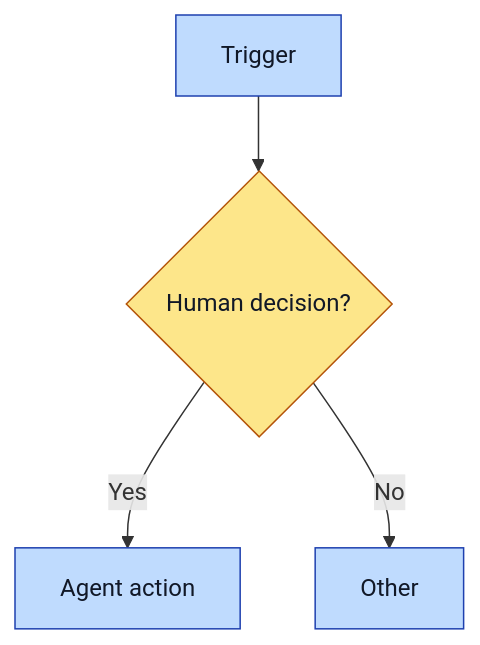
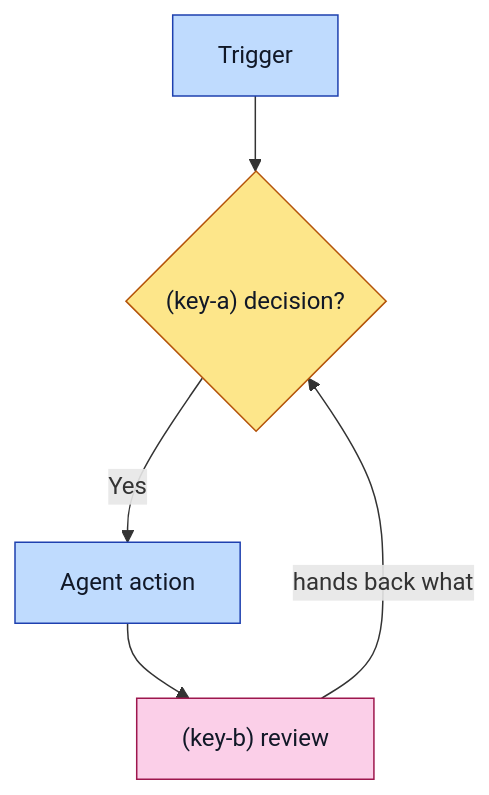
The diagram in _TEMPLATE.md (SupersuitUp/hyperdocumentation-protocol-template), drawn with Mermaid before and after one commit. The commit also changed other lines of this file and 2 other files, not shown here.

First line of the commit message:
HDSOP: name WHICH human is in the loop, not just that one is

````diff
--- a/_TEMPLATE.md
+++ b/_TEMPLATE.md
@@ -37,10 +56,13 @@
 ```mermaid
 flowchart TD
-    A[Trigger] --> B{Human decision?}
+    A[Trigger] --> B{"(key-a) decision?"}
     B -->|Yes| C[Agent action]
-    B -->|No| D[Other]
-    classDef human fill:#fde68a,stroke:#b45309,color:#111827;
+    C --> D["(key-b) review"]
+    D -->|hands back what| B
     classDef agent fill:#bfdbfe,stroke:#1e40af,color:#111827;
-    class B human;
-    class A,C,D agent;
+    classDef keya fill:#fde68a,stroke:#b45309,color:#111827;
+    classDef keyb fill:#fbcfe8,stroke:#9d174d,color:#111827;
+    class A,C agent;
+    class B keya;
+    class D keyb;
 ```
````
